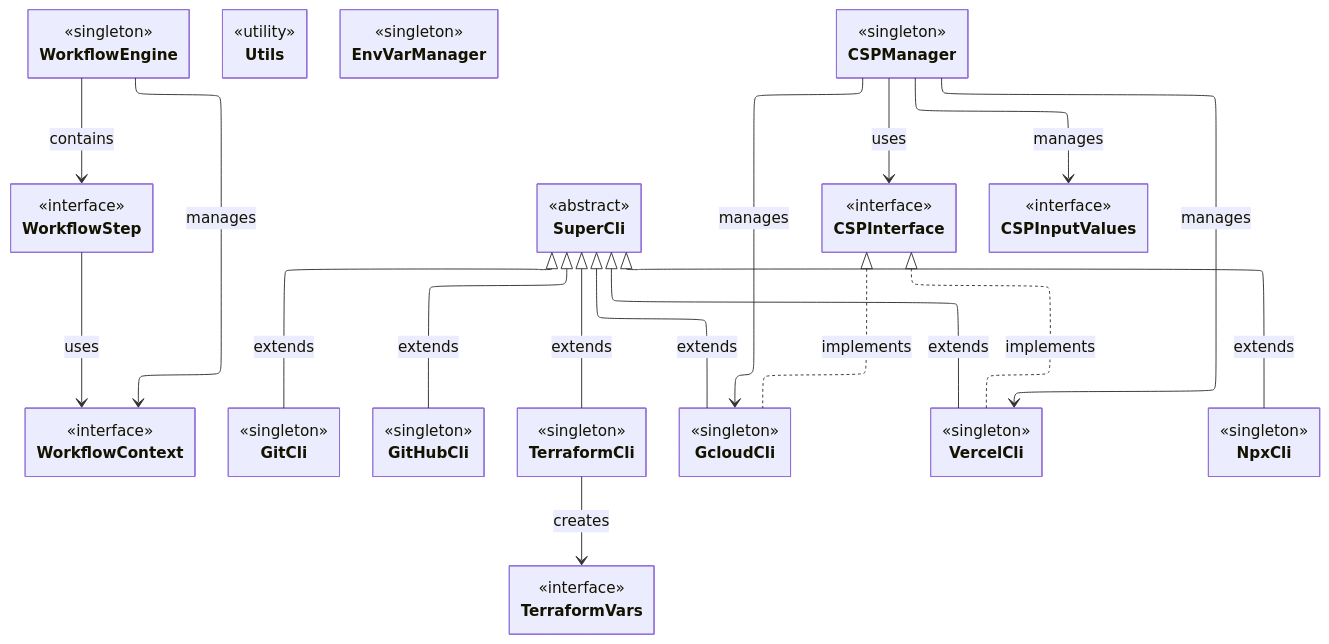
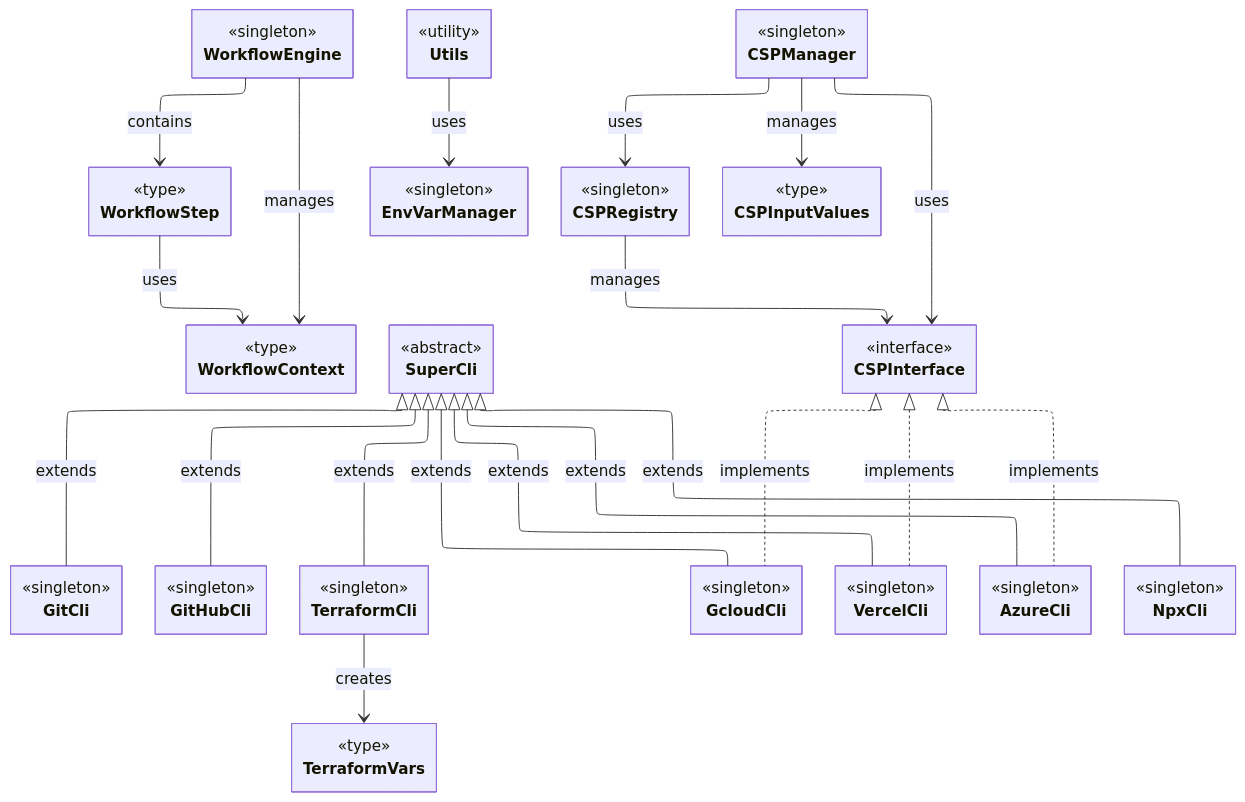
The diagram in class_diagram.mmd (oscarmarcussen/master_diagram), drawn with Mermaid before and after one commit.

Commit message:
update class diagram

```diff
--- a/class_diagram.mmd
+++ b/class_diagram.mmd
@@ -1,74 +1,85 @@
 ---
 config:
+  theme: default
+  look: classic
   layout: elk
   class:
     hideEmptyMembersBox: true
 ---
 classDiagram
 direction TB
     class WorkflowEngine {
     }
     class WorkflowStep {
     }
     class WorkflowContext {
     }
     class Utils {
     }
     class SuperCli {
     }
     class EnvVarManager {
     }
     class CSPManager {
     }
+    class CSPRegistry {
+    }
     class CSPInterface {
     }
     class GitCli {
     }
     class GitHubCli {
     }
     class TerraformCli {
     }
     class GcloudCli {
     }
     class VercelCli {
     }
+    class AzureCli {
+    }
     class NpxCli {
     }
     class CSPInputValues {
     }
     class TerraformVars {
     }
 
 	<<singleton>> WorkflowEngine
-	<<interface>> WorkflowStep
-	<<interface>> WorkflowContext
+	<<type>> WorkflowStep
+	<<type>> WorkflowContext
 	<<utility>> Utils
 	<<abstract>> SuperCli
 	<<singleton>> EnvVarManager
 	<<singleton>> CSPManager
+  <<singleton>> CSPRegistry
 	<<interface>> CSPInterface
 	<<singleton>> GitCli
 	<<singleton>> GitHubCli
 	<<singleton>> TerraformCli
 	<<singleton>> GcloudCli
 	<<singleton>> VercelCli
+  <<singleton>> AzureCli
 	<<singleton>> NpxCli
-	<<interface>> CSPInputValues
-	<<interface>> TerraformVars
+	<<type>> CSPInputValues
+	<<type>> TerraformVars
 
     WorkflowEngine --> WorkflowStep : contains
     WorkflowEngine --> WorkflowContext : manages
     WorkflowStep --> WorkflowContext : uses
     SuperCli <|-- GitCli : extends
     SuperCli <|-- GitHubCli : extends
     SuperCli <|-- TerraformCli : extends
     SuperCli <|-- NpxCli : extends
     SuperCli <|-- GcloudCli : extends
     SuperCli <|-- VercelCli : extends
+    SuperCli <|-- AzureCli : extends
     CSPInterface <|.. GcloudCli : implements
     CSPInterface <|.. VercelCli : implements
-    CSPManager --> GcloudCli : manages
-    CSPManager --> VercelCli : manages
+    CSPInterface <|.. AzureCli : implements
+    CSPManager --> CSPRegistry : uses
+    CSPRegistry --> CSPInterface : manages
     CSPManager --> CSPInterface : uses
     TerraformCli --> TerraformVars : creates
     CSPManager --> CSPInputValues : manages
+    Utils --> EnvVarManager : uses
```
